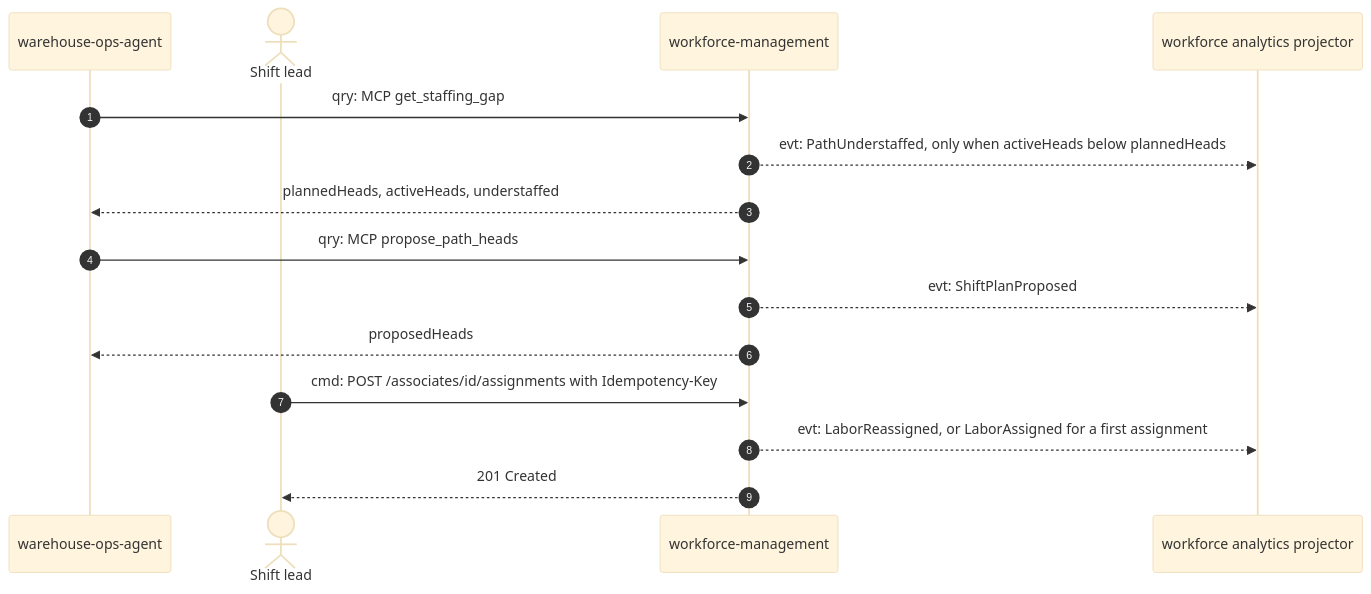
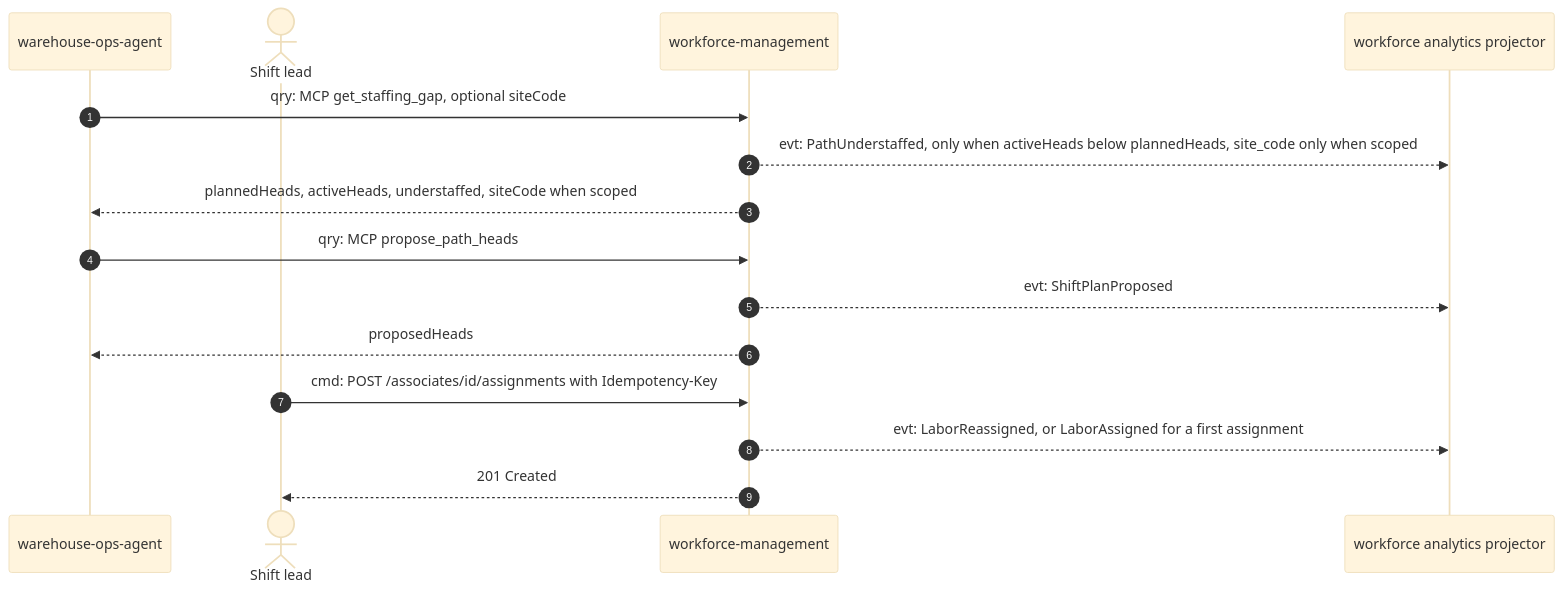
One commit to IQVO/warehouse-docs changed the second of 4 diagrams in docs/contexts/workforce-management/domain-message-flow.md. Above: the diagram before and after it, drawn with Mermaid (base theme). The commit also changed other lines of this file and 318 other files, not shown here.

````diff
--- a/docs/contexts/workforce-management/domain-message-flow.md
+++ b/docs/contexts/workforce-management/domain-message-flow.md
@@ -64,17 +64,17 @@
 ```mermaid
 sequenceDiagram
     autonumber
     participant Agent as warehouse-ops-agent
     actor Lead as Shift lead
     participant WFM as workforce-management
     participant AN as workforce analytics projector
-    Agent->>WFM: qry: MCP get_staffing_gap
-    WFM-->>AN: evt: PathUnderstaffed, only when activeHeads below plannedHeads
-    WFM-->>Agent: plannedHeads, activeHeads, understaffed
+    Agent->>WFM: qry: MCP get_staffing_gap, optional siteCode
+    WFM-->>AN: evt: PathUnderstaffed, only when activeHeads below plannedHeads, site_code only when scoped
+    WFM-->>Agent: plannedHeads, activeHeads, understaffed, siteCode when scoped
     Agent->>WFM: qry: MCP propose_path_heads
     WFM-->>AN: evt: ShiftPlanProposed
     WFM-->>Agent: proposedHeads
     Lead->>WFM: cmd: POST /associates/id/assignments with Idempotency-Key
     WFM-->>AN: evt: LaborReassigned, or LaborAssigned for a first assignment
     WFM-->>Lead: 201 Created
 ```
````
